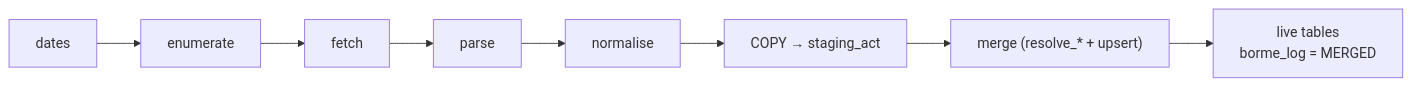
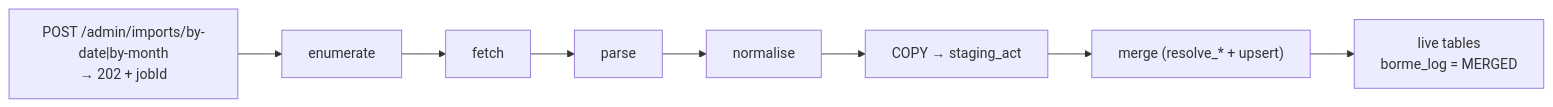
The diagram in docs/features/historical-backfill.md (earelin/mercator), drawn with Mermaid before and after one commit. The commit also changed other lines of this file and 155 other files, not shown here.

First line of the commit message:
Collapse to single Micronaut module, add import endpoint, consolidate schema

````diff
--- a/docs/features/historical-backfill.md
+++ b/docs/features/historical-backfill.md
@@ -46,5 +53,5 @@
 ```mermaid
 flowchart LR
-    D["dates"] --> E["enumerate"] --> F["fetch"] --> P["parse"] --> N["normalise"] --> C["COPY → staging_act"]
+    REQ["POST /admin/imports/by-date|by-month<br/>→ 202 + jobId"] --> E["enumerate"] --> F["fetch"] --> P["parse"] --> N["normalise"] --> C["COPY → staging_act"]
     C --> M["merge (resolve_* + upsert)"] --> L["live tables<br/>borme_log = MERGED"]
 ```
````
